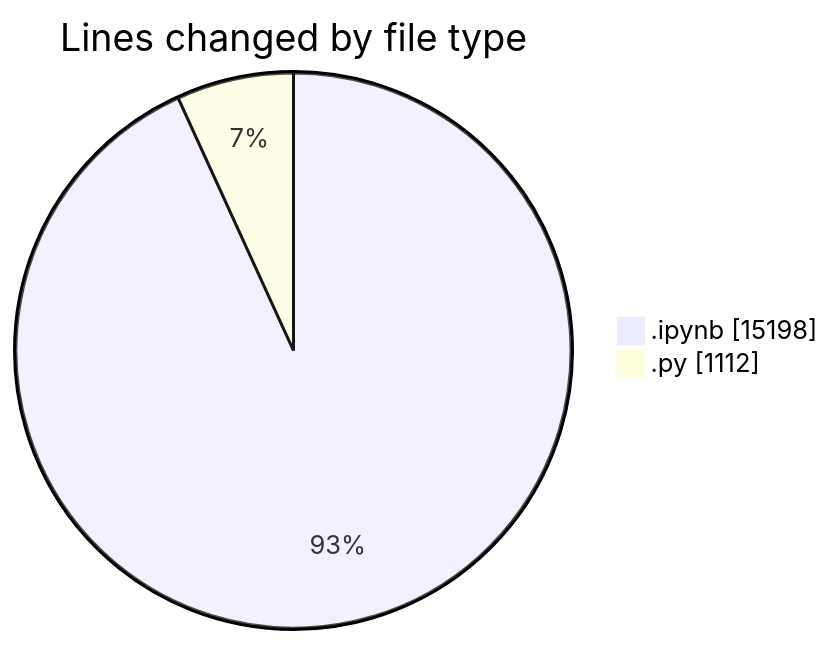
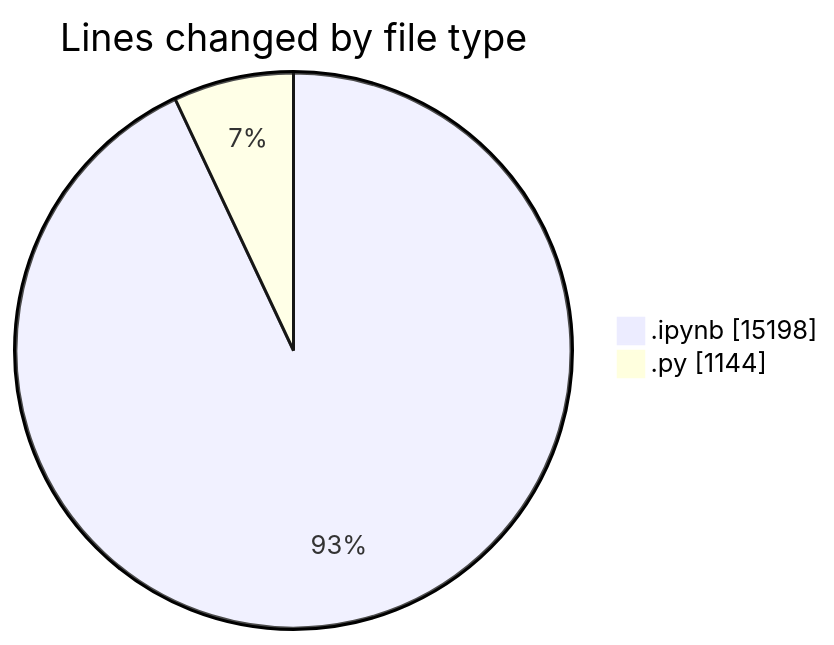
Before and after one commit to MatusMokan/code-tracking: the first of 2 diagrams in 2025-04-10/myws__workspace_/README.md, drawn with Mermaid. The commit also changed other lines of this file and 1 other file, not shown here.

````diff
--- a/2025-04-10/myws__workspace_/README.md
+++ b/2025-04-10/myws__workspace_/README.md
@@ -21,6 +21,6 @@
 ```mermaid
 pie showData
 title Lines changed by file type
 ".ipynb" : 15198
-".py" : 1112
+".py" : 1144
 ```
````
